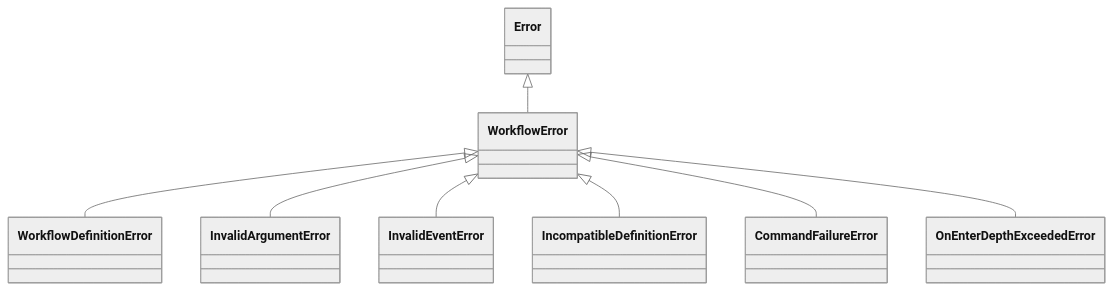
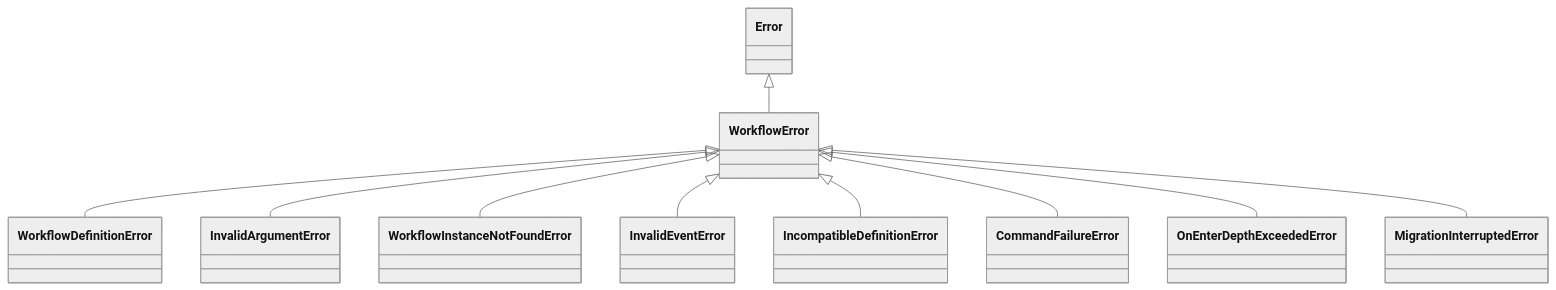
The diagram in docs/error-handling.md (camcima/duraflows), drawn with Mermaid (neutral theme) before and after one commit. The commit also changed other lines of this file and 3 other files, not shown here.

First line of the commit message:
docs: align error, migration and versioning references with 7.2

````diff
--- a/docs/error-handling.md
+++ b/docs/error-handling.md
@@ -7,10 +7,12 @@
 ```mermaid
 classDiagram
     Error <|-- WorkflowError
     WorkflowError <|-- WorkflowDefinitionError
     WorkflowError <|-- InvalidArgumentError
+    WorkflowError <|-- WorkflowInstanceNotFoundError
     WorkflowError <|-- InvalidEventError
     WorkflowError <|-- IncompatibleDefinitionError
     WorkflowError <|-- CommandFailureError
     WorkflowError <|-- OnEnterDepthExceededError
+    WorkflowError <|-- MigrationInterruptedError
 ```
````
